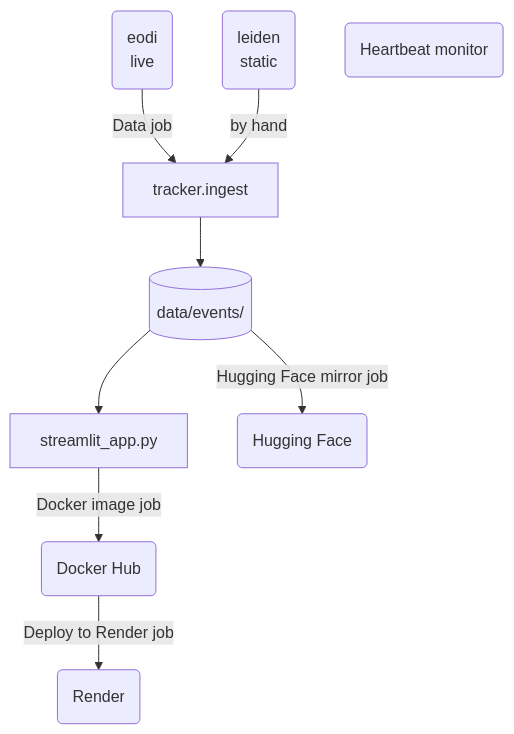
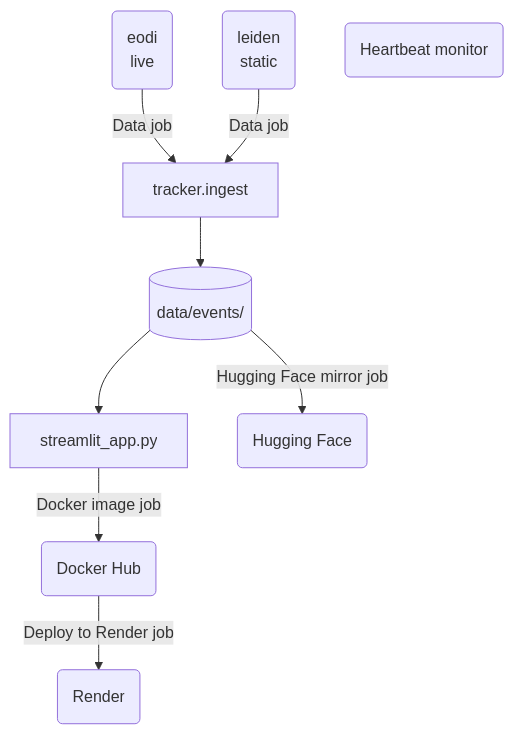
The first of 3 diagrams in docs/architecture.md (tryph0n/hybrid-tracker), drawn with Mermaid before and after one commit. The commit also changed other lines of this file, not shown here.

Commit message:
docs(architecture): regenerate the page for the new data step
The architecture page is generated from the workflow; the new static ingest step changes it.

````diff
--- a/docs/architecture.md
+++ b/docs/architecture.md
@@ -27,19 +27,19 @@
 ```mermaid
 flowchart TB
   source_eodi("eodi<br/>live")
   source_leiden("leiden<br/>static")
   ingest["tracker.ingest"]
   events[("data/events/")]
   app["streamlit_app.py"]
   service_Docker_Hub("Docker Hub")
   service_Render("Render")
   service_Hugging_Face("Hugging Face")
   service_Heartbeat_monitor("Heartbeat monitor")
   source_eodi -->|"Data job"| ingest
-  source_leiden -->|"by hand"| ingest
+  source_leiden -->|"Data job"| ingest
   ingest --> events
   events --> app
   app -->|"Docker image job"| service_Docker_Hub
   service_Docker_Hub -->|"Deploy to Render job"| service_Render
   events -->|"Hugging Face mirror job"| service_Hugging_Face
 ```
````
